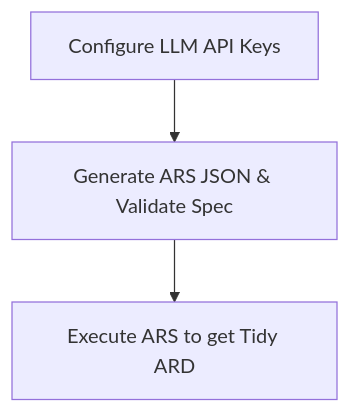
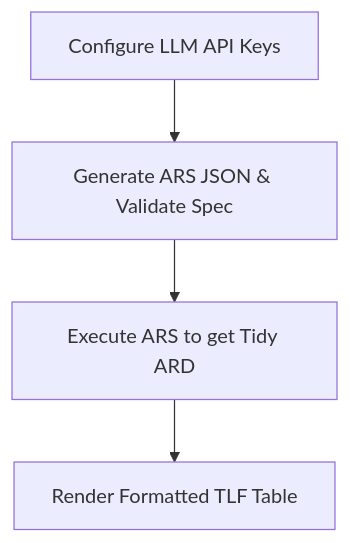
One commit to tavakohr/arsbridge changed the diagram in README.Rmd. Above: the diagram before and after it, drawn with Mermaid. The commit also changed other lines of this file and 14 other files, not shown here.

First line of the commit message:
feat: add ars_to_tfrmt() rendering layer (ARS -> formatted TLF)

````diff
--- a/README.Rmd
+++ b/README.Rmd
@@ -54,5 +55,6 @@
 ```mermaid
 graph TD
     A[Configure LLM API Keys] --> B[Generate ARS JSON & Validate Spec]
     B --> C[Execute ARS to get Tidy ARD]
+    C --> D[Render Formatted TLF Table]
 ```
````
